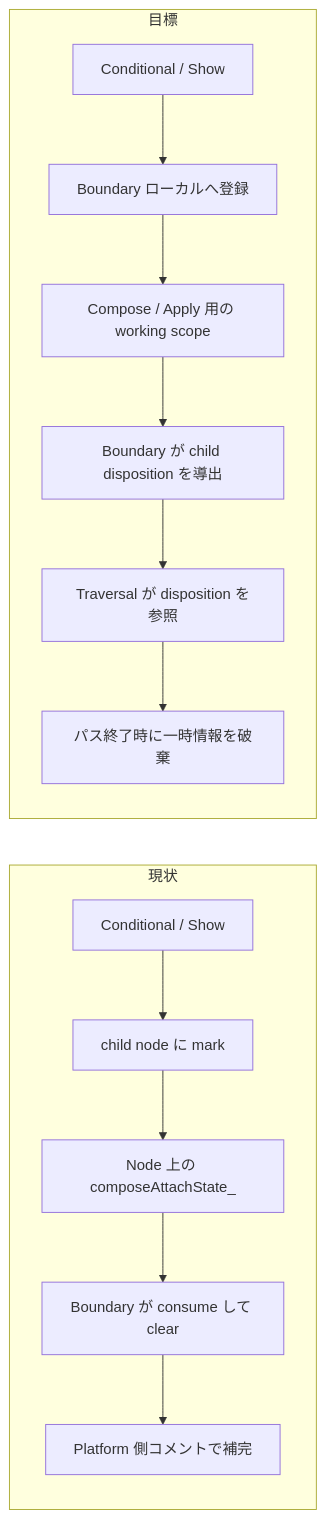
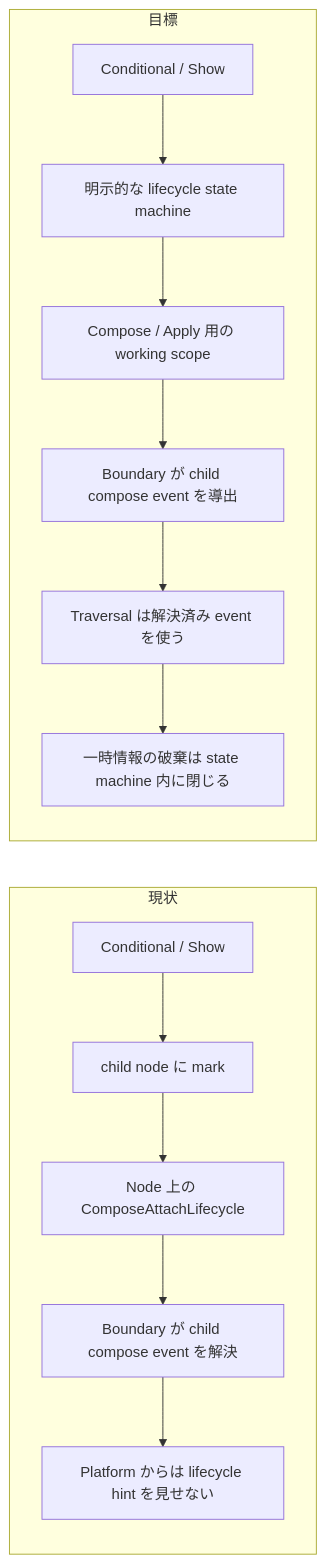
One commit to cubenoy22/Loka changed the second of 17 diagrams in docs/current_issues_diagram.md. Above: the diagram before and after it, drawn with Mermaid. The commit also changed other lines of this file and 1 other file, not shown here.

Commit message:
Document scene lifecycle follow-ups

````diff
--- a/docs/current_issues_diagram.md
+++ b/docs/current_issues_diagram.md
@@ -28,17 +28,17 @@
 ```mermaid
 flowchart LR
     subgraph 現状
         C1[Conditional / Show] --> C2[child node に mark]
-        C2 --> C3[Node 上の composeAttachState_]
-        C3 --> C4[Boundary が consume して clear]
-        C4 --> C5[Platform 側コメントで補完]
+        C2 --> C3[Node 上の ComposeAttachLifecycle]
+        C3 --> C4[Boundary が child compose event を解決]
+        C4 --> C5[Platform からは lifecycle hint を見せない]
     end
 
     subgraph 目標
-        T1[Conditional / Show] --> T2[Boundary ローカルへ登録]
+        T1[Conditional / Show] --> T2[明示的な lifecycle state machine]
         T2 --> T3[Compose / Apply 用の working scope]
-        T3 --> T4[Boundary が child disposition を導出]
-        T4 --> T5[Traversal が disposition を参照]
-        T5 --> T6[パス終了時に一時情報を破棄]
+        T3 --> T4[Boundary が child compose event を導出]
+        T4 --> T5[Traversal は解決済み event を使う]
+        T5 --> T6[一時情報の破棄は state machine 内に閉じる]
     end
 ```
````
